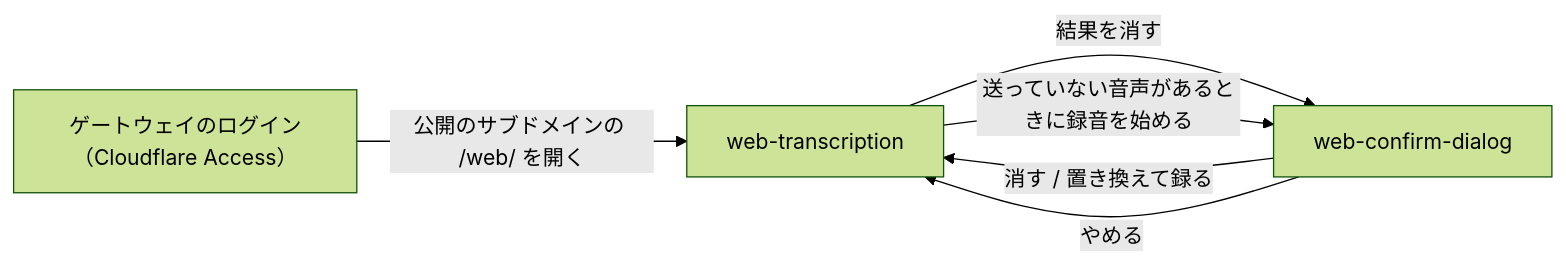
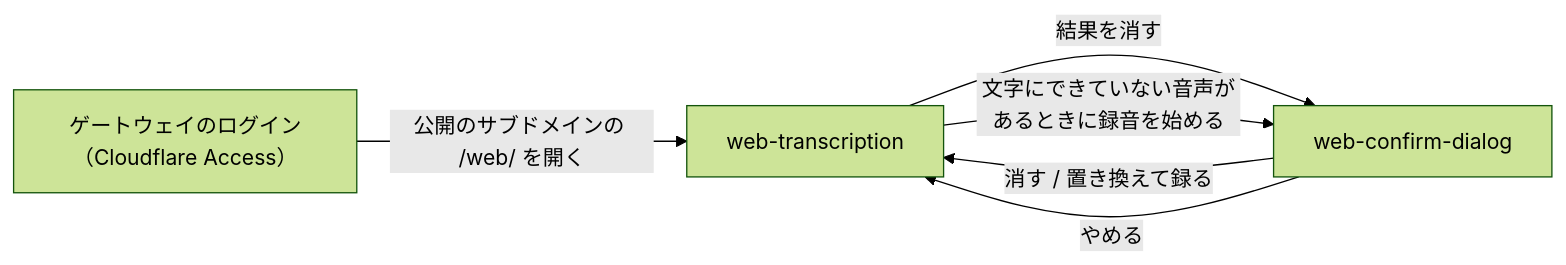
The diagram in dev/pr/171/常駐アプリ.md (shuhei1101/voice-paste), drawn with Mermaid (forest theme) before and after one commit. The commit also changed other lines of this file, not shown here.

````diff
--- a/dev/pr/171/常駐アプリ.md
+++ b/dev/pr/171/常駐アプリ.md
@@ -79,8 +79,8 @@
 ```mermaid
 flowchart LR
   G[ゲートウェイのログイン（Cloudflare Access）] -->|公開のサブドメインの /web/ を開く| A[web-transcription]
   A -->|結果を消す| D[web-confirm-dialog]
-  A -->|送っていない音声があるときに録音を始める| D
+  A -->|文字にできていない音声があるときに録音を始める| D
   D -->|消す / 置き換えて録る| A
   D -->|やめる| A
 ```
````
